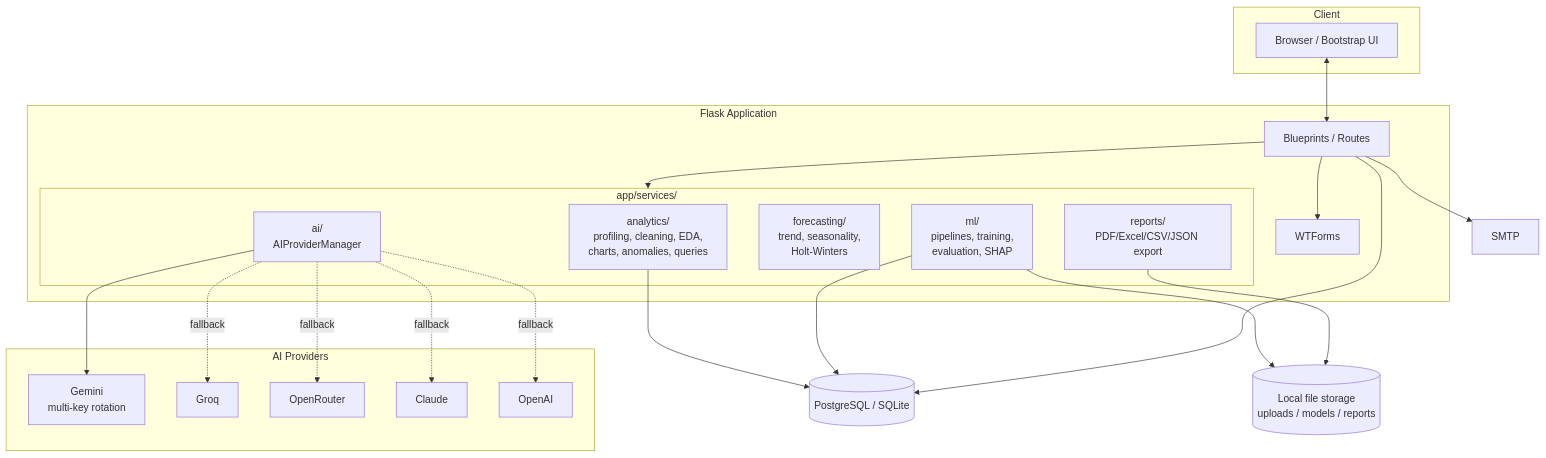
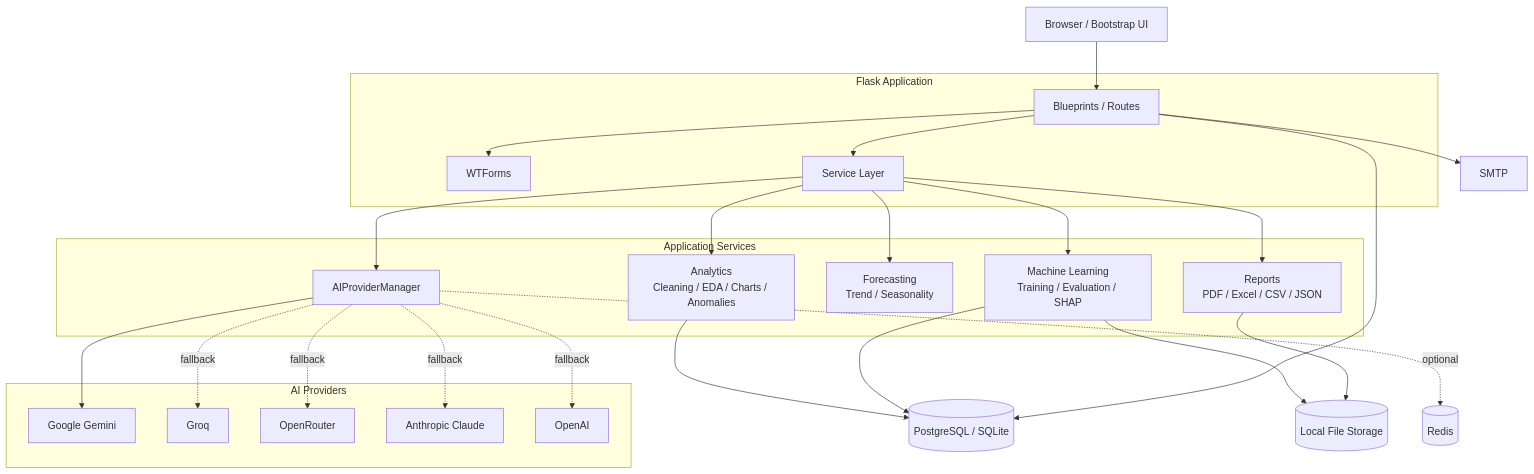
One commit to abaid6790/Ai-Business-Analytics changed the first of 3 diagrams in README.md. Above: the diagram before and after it, drawn with Mermaid. The commit also changed other lines of this file and 18 other files, not shown here.

````diff
--- a/README.md
+++ b/README.md
@@ -61,47 +736,58 @@
 ```mermaid
 flowchart TB
-    subgraph Client
-        Browser[Browser / Bootstrap UI]
+
+    Browser["Browser / Bootstrap UI"]
+
+    subgraph Flask["Flask Application"]
+        Routes["Blueprints / Routes"]
+        Forms["WTForms"]
+        Services["Service Layer"]
     end
 
-    subgraph Flask["Flask Application"]
-        Routes[Blueprints / Routes]
-        Forms[WTForms]
-        Services[Service Layer]
+    subgraph Core["Application Services"]
+        Analytics["Analytics<br/>Cleaning / EDA / Charts / Anomalies"]
+        ML["Machine Learning<br/>Training / Evaluation / SHAP"]
+        Forecast["Forecasting<br/>Trend / Seasonality"]
+        Reports["Reports<br/>PDF / Excel / CSV / JSON"]
+        AI["AIProviderManager"]
     end
 
-    subgraph Services["app/services/"]
-        Analytics[analytics/<br/>profiling, cleaning, EDA,<br/>charts, anomalies, queries]
-        MLSvc[ml/<br/>pipelines, training,<br/>evaluation, SHAP]
-        ForecastSvc[forecasting/<br/>trend, seasonality,<br/>Holt-Winters]
-        ReportSvc[reports/<br/>PDF/Excel/CSV/JSON export]
-        AISvc[ai/<br/>AIProviderManager]
+    subgraph Providers["AI Providers"]
+        Gemini["Google Gemini"]
+        Groq["Groq"]
+        OpenRouter["OpenRouter"]
+        Claude["Anthropic Claude"]
+        OpenAI["OpenAI"]
     end
 
-    subgraph AIProviders["AI Providers"]
-        Gemini[Gemini<br/>multi-key rotation]
-        Groq[Groq]
-        OpenRouter[OpenRouter]
-        Claude[Claude]
-        OpenAI[OpenAI]
-    end
+    Database[("PostgreSQL / SQLite")]
+    Storage[("Local File Storage")]
+    Redis[("Redis")]
+    SMTP["SMTP"]
 
-    DB[(PostgreSQL / SQLite)]
-    FS[(Local file storage<br/>uploads / models / reports)]
-    Mail[SMTP]
-
-    Browser <--> Routes
+    Browser --> Routes
     Routes --> Forms
     Routes --> Services
-    Analytics --> DB
-    MLSvc --> DB
-    MLSvc --> FS
-    ReportSvc --> FS
-    AISvc --> Gemini
-    AISvc -.fallback.-> Groq
-    AISvc -.fallback.-> OpenRouter
-    AISvc -.fallback.-> Claude
-    AISvc -.fallback.-> OpenAI
-    Routes --> DB
-    Routes --> Mail
+
+    Services --> Analytics
+    Services --> ML
+    Services --> Forecast
+    Services --> Reports
+    Services --> AI
+
+    Analytics --> Database
+    ML --> Database
+    ML --> Storage
+    Reports --> Storage
+
+    AI --> Gemini
+    AI -. fallback .-> Groq
+    AI -. fallback .-> OpenRouter
+    AI -. fallback .-> Claude
+    AI -. fallback .-> OpenAI
+
+    Routes --> Database
+    Routes --> SMTP
+
+    AI -. optional .-> Redis
 ```
````
